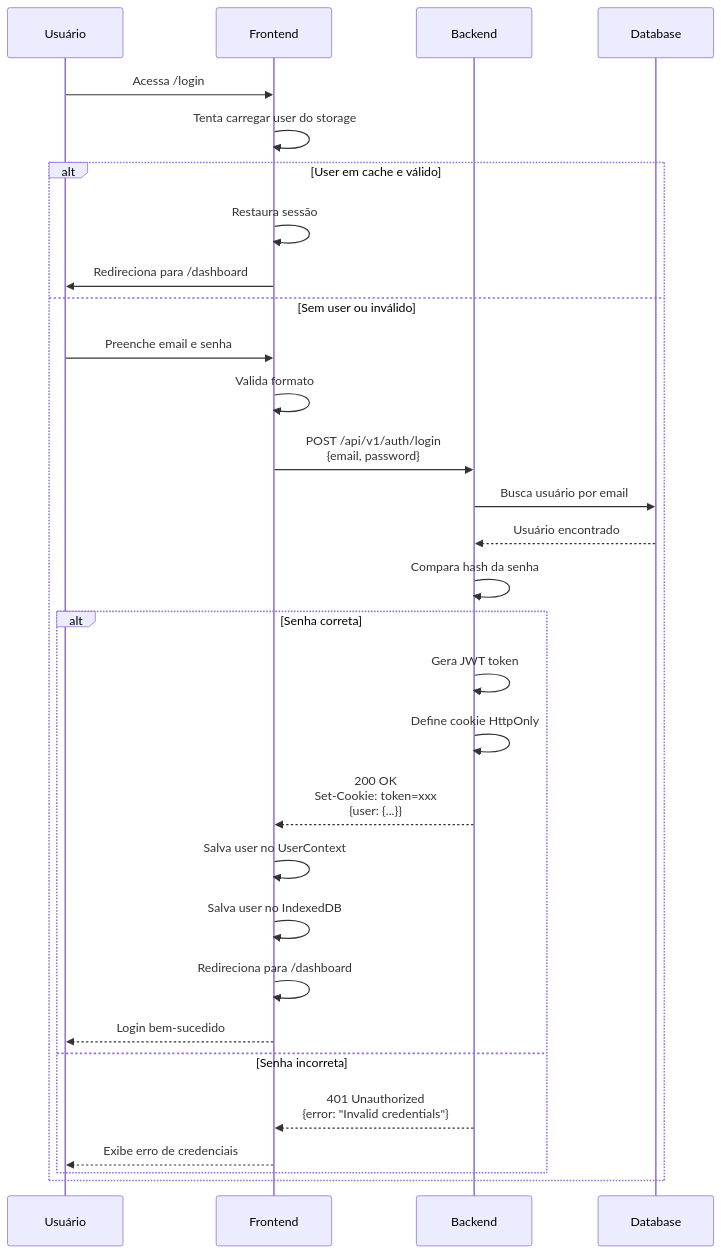
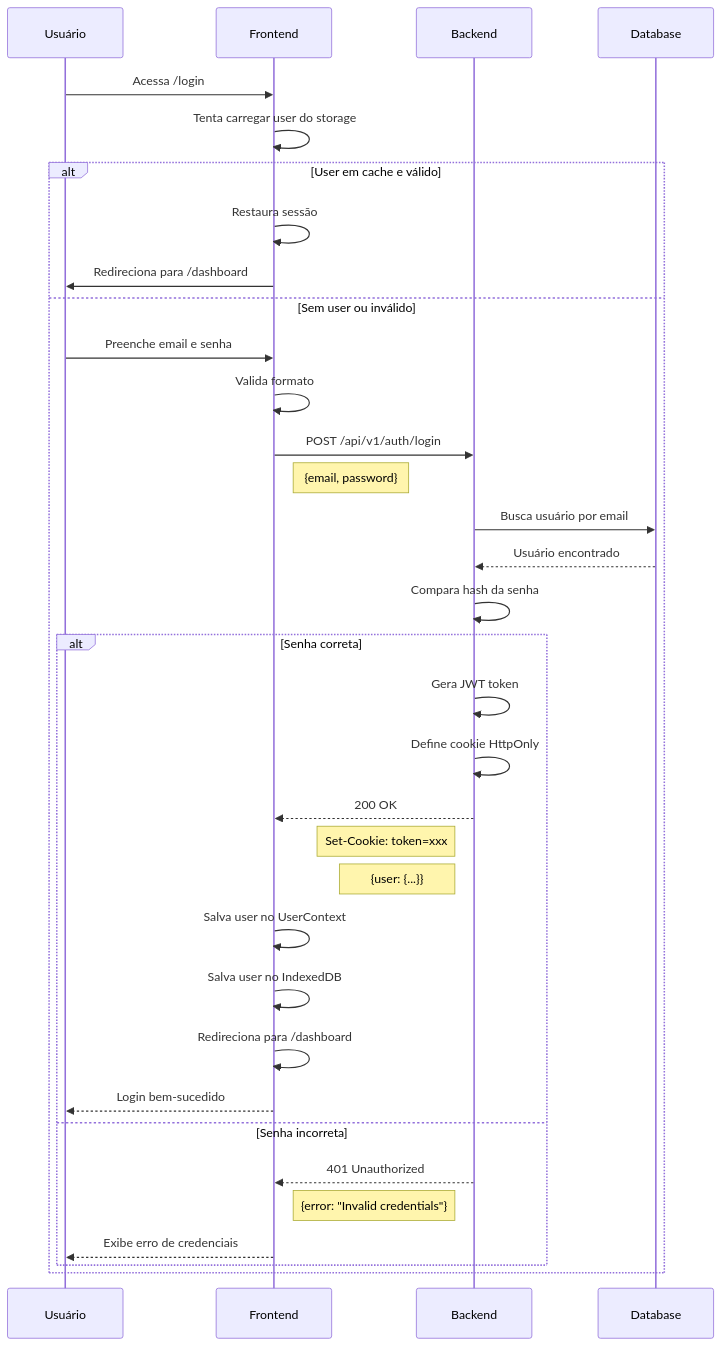
Before and after one commit to victorgmrqs/home-finance-frontend: the second of 5 diagrams in docs/AUTHENTICATION_FLOW.md, drawn with Mermaid. The commit also changed other lines of this file, not shown here.

Commit message:
feat: Add refresh token roadmap and update auth docs

````diff
--- a/docs/AUTHENTICATION_FLOW.md
+++ b/docs/AUTHENTICATION_FLOW.md
@@ -42,33 +68,37 @@
 ```mermaid
 sequenceDiagram
     participant U as Usuário
     participant F as Frontend
     participant B as Backend
     participant DB as Database
 
     U->>F: Acessa /login
     F->>F: Tenta carregar user do storage
     alt User em cache e válido
         F->>F: Restaura sessão
         F->>U: Redireciona para /dashboard
     else Sem user ou inválido
         U->>F: Preenche email e senha
         F->>F: Valida formato
-        F->>B: POST /api/v1/auth/login<br/>{email, password}
+        F->>B: POST /api/v1/auth/login
+        Note right of F: {email, password}
         B->>DB: Busca usuário por email
         DB-->>B: Usuário encontrado
         B->>B: Compara hash da senha
         alt Senha correta
             B->>B: Gera JWT token
             B->>B: Define cookie HttpOnly
-            B-->>F: 200 OK<br/>Set-Cookie: token=xxx<br/>{user: {...}}
+            B-->>F: 200 OK
+            Note left of B: Set-Cookie: token=xxx
+            Note left of B: {user: {...}}
             F->>F: Salva user no UserContext
             F->>F: Salva user no IndexedDB
             F->>F: Redireciona para /dashboard
             F-->>U: Login bem-sucedido
         else Senha incorreta
-            B-->>F: 401 Unauthorized<br/>{error: "Invalid credentials"}
+            B-->>F: 401 Unauthorized
+            Note left of B: {error: "Invalid credentials"}
             F-->>U: Exibe erro de credenciais
         end
     end
 ```
````
